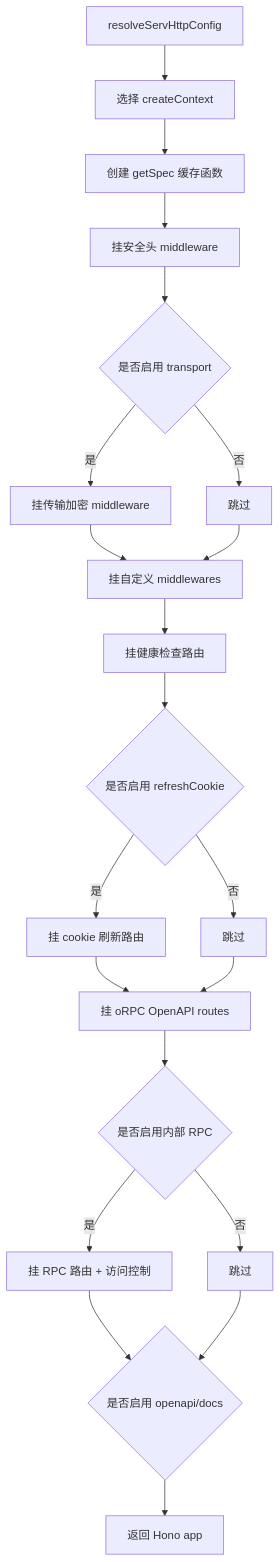
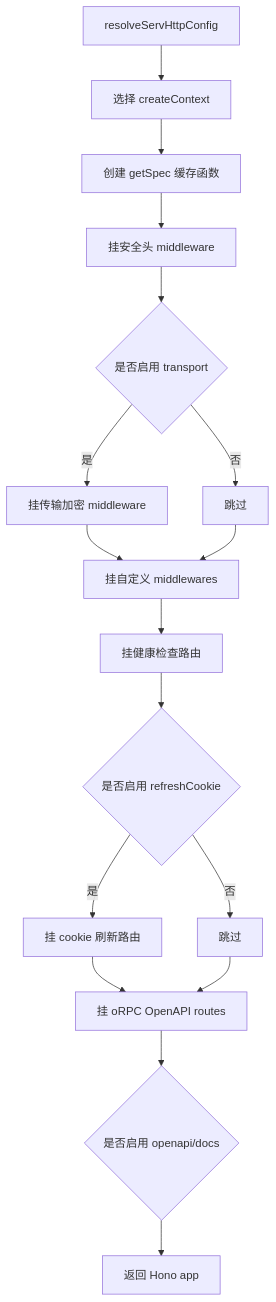
Before and after one commit to hai-series/hai-framework: the diagram in packages/serv/EXECUTION-FLOW.md, drawn with Mermaid. The commit also changed other lines of this file and 48 other files, not shown here.

````diff
--- a/packages/serv/EXECUTION-FLOW.md
+++ b/packages/serv/EXECUTION-FLOW.md
@@ -114,23 +114,19 @@
 ```mermaid
 flowchart TD
   A[resolveServHttpConfig] --> B[选择 createContext]
   B --> C[创建 getSpec 缓存函数]
   C --> D[挂安全头 middleware]
   D --> E{是否启用 transport}
    E -- 是 --> F[挂传输加密 middleware]
    E -- 否 --> G[跳过]
    F --> H[挂自定义 middlewares]
    G --> H
    H --> I[挂健康检查路由]
    I --> J{是否启用 refreshCookie}
    J -- 是 --> K[挂 cookie 刷新路由]
    J -- 否 --> L[跳过]
    K --> M[挂 oRPC OpenAPI routes]
    L --> M
-   M --> N{是否启用内部 RPC}
-   N -- 是 --> O[挂 RPC 路由 + 访问控制]
-   N -- 否 --> P[跳过]
-   O --> Q{是否启用 openapi/docs}
-   P --> Q
+   M --> Q{是否启用 openapi/docs}
    Q --> R[返回 Hono app]
 ```
````
